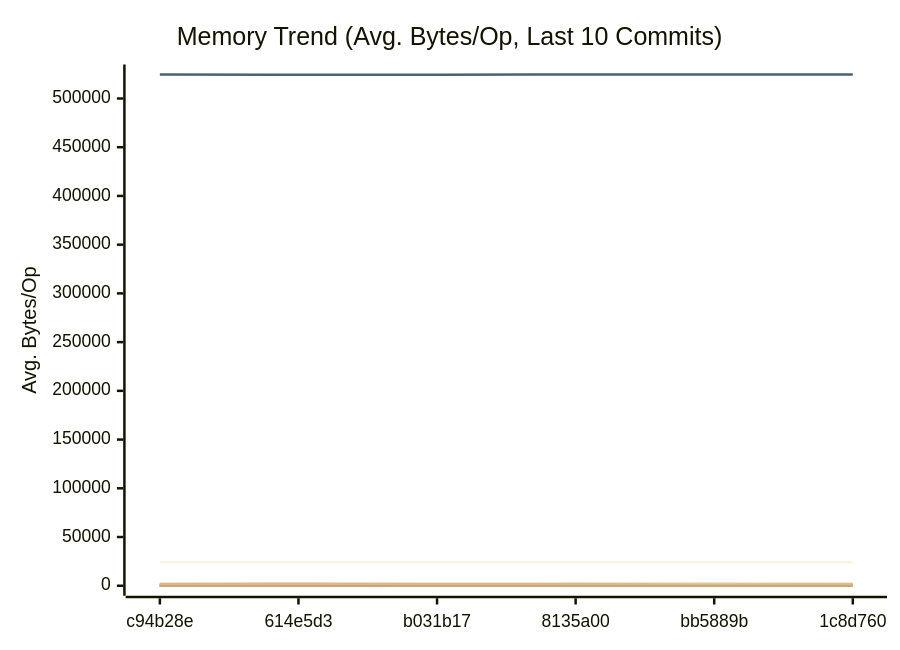
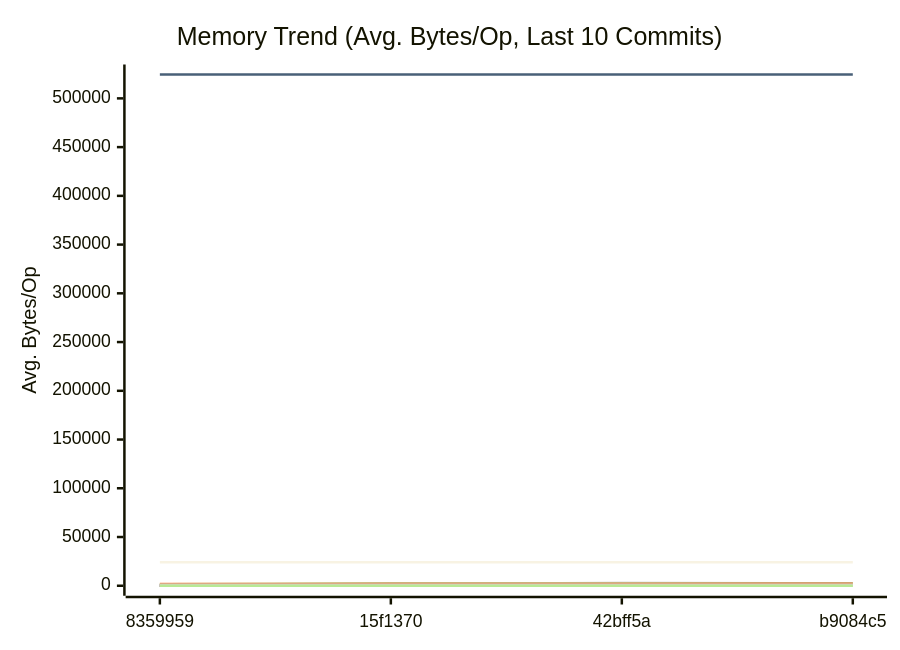
One commit to alsotoes/momo changed the second of 3 diagrams in docs/REFERENCE/PERFORMANCE.md. Above: the diagram before and after it, drawn with Mermaid. The commit also changed other lines of this file and 3 other files, not shown here.

````diff
--- a/docs/REFERENCE/PERFORMANCE.md
+++ b/docs/REFERENCE/PERFORMANCE.md
@@ -362,53 +403,62 @@
 ```mermaid
 xychart-beta
     title "Memory Trend (Avg. Bytes/Op, Last 10 Commits)"
     x-axis "Commit"
     y-axis "Avg. Bytes/Op"
-    x-axis [c94b28e,614e5d3,b031b17,8135a00,bb5889b,1c8d760]
+    x-axis [8359959,15f1370,42bff5a,b9084c5]
     line "AdaptivePutBlob64KiB" [0,0,0,0,0,0,0,0,0,0]
-    line "AWSChunkedReaderSigned" [98,80,70,106,85,62,72,80,121,164]
-    line "AWSChunkedReaderUnsigned" [75,91,78,84,68,66,70,68,164,167]
+    line "AWSChunkedReaderSigned" [80,121,164,135,133,150,155,160,117,118]
+    line "AWSChunkedReaderUnsigned" [68,164,167,144,147,135,162,150,143,128]
     line "CheckMetricsAndSwap" [0,0,0,0,0,0,0,0,0,0]
     line "CrushOptimized" [0,0,0,0,0,0,0,0,0,0]
     line "CrushOriginal" [164,164,164,164,164,164,164,164,164,164]
     line "EtagMatches" [0,0,0,0,0,0,0,0,0,0]
-    line "EtagMatchesSplit" [0,0,0,0,0,0,0,0,80,80]
-    line "FormatListObjectsV2XML_AppendFormat" [524558,524474,524487,524493,524491,524618,524521,524495,524440,524428]
+    line "EtagMatchesSplit" [0,80,80,80,80,80,80,80,80,80]
+    line "FormatListObjectsV2XML_AppendFormat" [524495,524440,524428,524439,524437,524438,524432,524436,524438,524454]
     line "FormatListObjectsV2XML_OldFormat" [24000,24000,24000,24000,24000,24000,24000,24000,24000,24000]
-    line "HashBytes/1MiB" [195,139,187,213,178,135,158,173,283,349]
-    line "HashBytes/256MiB" [191,150,250,237,208,140,144,168,326,369]
-    line "HashBytes/64MiB" [132,159,198,175,180,134,130,144,332,335]
-    line "HashFile/1MiB" [187,160,251,167,203,132,131,173,285,353]
-    line "HashFile/256MiB" [177,172,188,165,187,118,148,172,268,363]
-    line "HashFile/64MiB" [169,207,193,175,165,106,147,200,280,307]
+    line "HashBytes/1MiB" [173,283,349,298,240,221,363,321,265,256]
+    line "HashBytes/256MiB" [168,326,369,344,262,277,280,351,285,231]
+    line "HashBytes/64MiB" [144,332,335,346,235,309,322,315,284,227]
+    line "HashFile/1MiB" [173,285,353,269,213,266,304,294,250,300]
+    line "HashFile/256MiB" [172,268,363,269,339,261,285,328,279,256]
+    line "HashFile/64MiB" [200,280,307,277,252,272,252,324,259,223]
     line "IndexDirectTracking" [0,0,0,0,0,0,0,0,0,0]
     line "IndexSearch" [0,0,0,0,0,0,0,0,0,0]
     line "LastModifiedHeader_AppendFormat" [0,0,0,0,0,0,0,0,0,0]
     line "LastModifiedHeader_Format" [32,32,32,32,32,32,32,32,32,32]
     line "ListPartsTime_AppendFormat" [0,0,0,0,0,0,0,0,0,0]
-    line "ListPartsTime_Format" [0,0,0,0,0,0,0,0,24,24]
+    line "ListPartsTime_Format" [0,24,24,24,24,24,24,24,24,24]
     line "LoadGlobalConfig" [1976,1976,1976,1976,1976,1976,1976,1976,1976,1976]
-    line "LocalWrite/1MiB" [1339,1557,1077,1130,940,952,1105,1110,1037,3019]
-    line "LocalWrite/256MiB" [1532,1495,1600,1673,1446,1129,1329,1440,2294,2216]
-    line "LocalWrite/64MiB" [1597,1782,1648,1456,1098,1310,1406,1520,2211,2395]
+    line "LocalWrite/1MiB" [1110,1037,3019,2387,1992,2283,2561,2155,1366,1749]
+    line "LocalWrite/256MiB" [1440,2294,2216,2543,2230,2488,2363,2309,2502,2271]
+    line "LocalWrite/64MiB" [1520,2211,2395,2614,2422,2575,1905,2611,2093,2213]
     line "PadString" [64,64,64,64,64,64,64,64,64,64]
+    line "ParseACLResource_IndexByte" [0,0,0,0,0,0,0,0,0,0]
+    line "ParseACLResource_Split" [0,0,0,0,0,0,0,0,0,0]
     line "ParseAWSChunkHeader" [0,0,0,0,0,0,0,0,0,0]
+    line "ParseChecksum" [0,0,0,0,0,0,0,0,0,0]
+    line "ParseChecksumDynamicBaseline" [0,0,0,0,96,96,96,96,96,96]
     line "ParseReplicationOrder_NoPrealloc" [408,408,408,408,408,248,248,248,248,248]
     line "ParseReplicationOrder_Prealloc" [240,240,240,240,240,80,80,80,80,80]
     line "PheromoneSelectReplica" [0,0,0,0,0,0,0,0,0,0]
+    line "PickShedTarget" [0,0,0,0,176,176,176,176,176,176]
     line "Placement" [352,352,352,352,352,352,352,352,352,352]
     line "PlacementDomainSpread" [352,352,352,352,352,352,352,352,352,352]
-    line "ReadVerify/1MiB" [185,136,220,179,124,139,134,186,315,233]
-    line "ReadVerify/256MiB" [177,204,219,127,151,122,142,158,259,344]
-    line "ReadVerify/64MiB" [175,148,315,131,129,123,132,174,304,251]
-    line "S3PutSpool/1MiB" [134,125,122,170,161,112,121,154,208,229]
-    line "S3PutSpool/256MiB" [149,123,148,219,144,114,124,148,235,278]
-    line "S3PutSpool/64MiB" [156,168,183,168,155,116,118,137,169,165]
+    line "ReadVerify/1MiB" [186,315,233,338,301,243,306,221,232,226]
+    line "ReadVerify/256MiB" [158,259,344,329,250,277,285,261,282,297]
+    line "ReadVerify/64MiB" [174,304,251,330,257,226,299,236,309,236]
+    line "RebalanceCycle/blobs=100" [0,0,0,0,0,0,0,0,0,0]
+    line "RebalanceCycle/blobs=1000" [0,0,0,0,0,0,0,0,0,0]
+    line "S3PutSpool/1MiB" [154,208,229,223,270,265,305,224,239,209]
+    line "S3PutSpool/256MiB" [148,235,278,213,226,252,268,197,243,198]
+    line "S3PutSpool/64MiB" [137,169,165,248,245,200,262,239,246,203]
     line "SanitizeLog/Safe" [0,0,0,0,0,0,0,0,0,0]
     line "SanitizeLog/Unsafe" [704,704,704,704,704,704,704,704,704,704]
-    line "TrustedRead/1MiB" [186,217,246,135,143,109,127,142,228,337]
-    line "TrustedRead/256MiB" [160,128,226,212,181,127,129,167,293,307]
-    line "TrustedRead/64MiB" [144,220,225,161,144,118,124,169,215,297]
+    line "TrustedRead/1MiB" [142,228,337,230,208,228,288,260,208,279]
+    line "TrustedRead/256MiB" [167,293,307,202,271,257,267,241,265,244]
+    line "TrustedRead/64MiB" [169,215,297,254,241,250,298,263,220,285]
     line "VolumeGetBlob64KiB" [0,0,0,0,0,0,0,0,0,0]
     line "VolumePutBlob64KiB" [0,0,0,0,0,0,0,0,0,0]
+    line "WriteThrottled/throttled-10Gbps" [0,0,0,0,1419,1419,1419,1419,1419,1419]
+    line "WriteThrottled/unlimited" [0,0,0,0,176770000,186164000,187511000,194997000,182074000,169675000]
 ```
````
